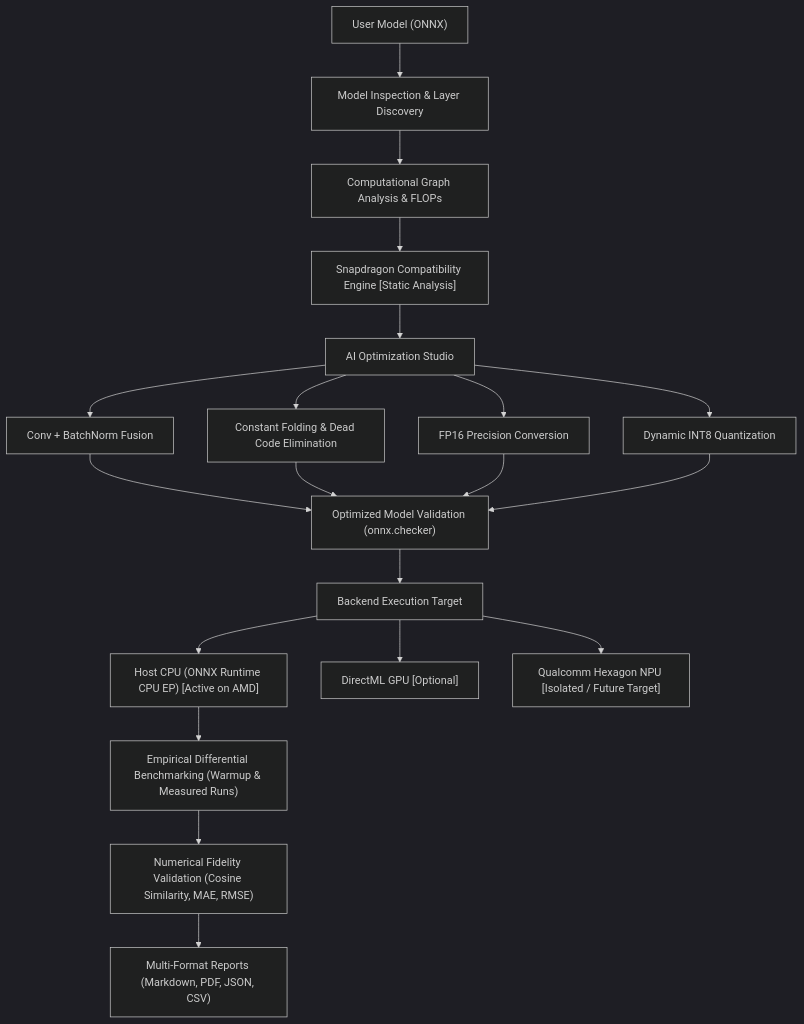
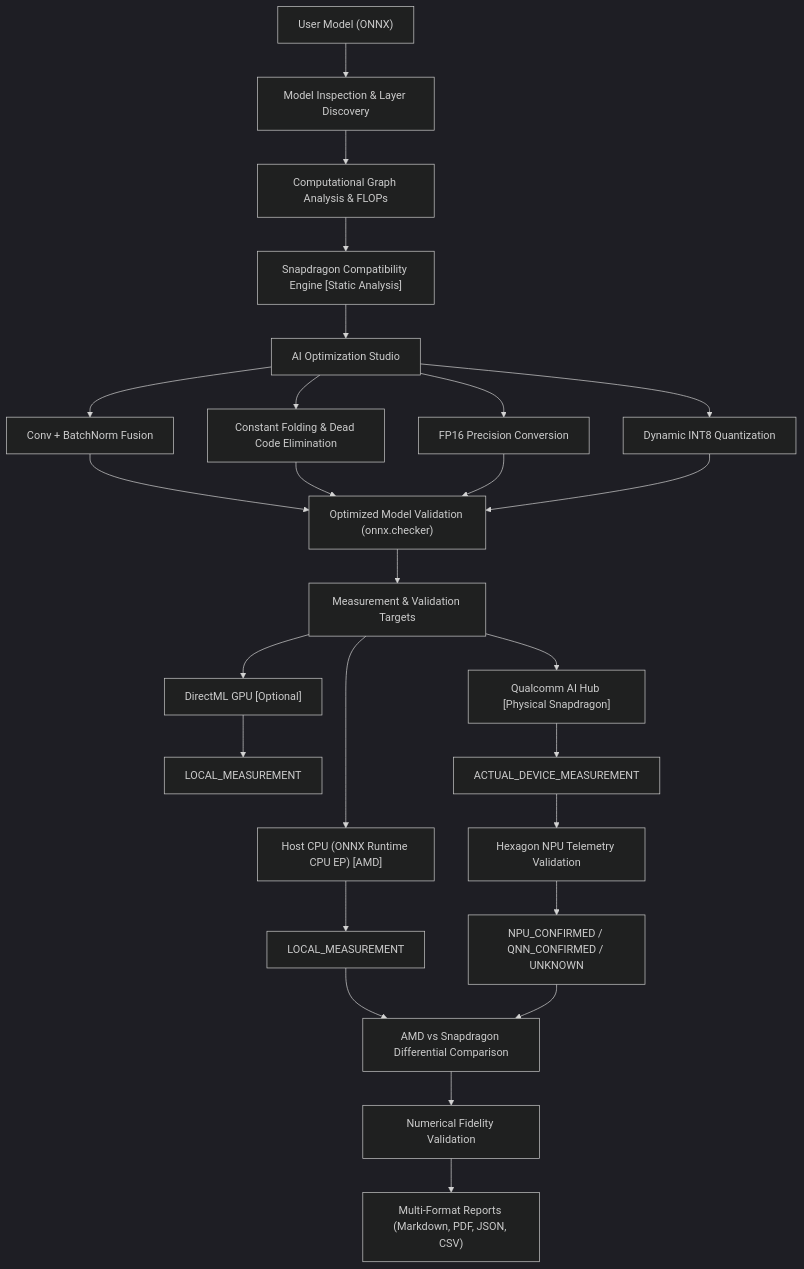
One commit to vatsalpro/nibble changed the diagram in README.md. Above: the diagram before and after it, drawn with Mermaid (dark theme). The commit also changed other lines of this file, not shown here.

First line of the commit message:
Revise README for Nibble's features and validation process

````diff
--- a/README.md
+++ b/README.md
@@ -58,23 +191,32 @@
 ```mermaid
 flowchart TD
     A["User Model (ONNX)"] --> B["Model Inspection & Layer Discovery"]
     B --> C["Computational Graph Analysis & FLOPs"]
     C --> D["Snapdragon Compatibility Engine [Static Analysis]"]
     D --> E["AI Optimization Studio"]
-    
+
     E --> F1["Conv + BatchNorm Fusion"]
     E --> F2["Constant Folding & Dead Code Elimination"]
     E --> F3["FP16 Precision Conversion"]
     E --> F4["Dynamic INT8 Quantization"]
-    
+
     F1 & F2 & F3 & F4 --> G["Optimized Model Validation (onnx.checker)"]
-    G --> H["Backend Execution Target"]
-    
-    H --> I1["Host CPU (ONNX Runtime CPU EP) [Active on AMD]"]
+    G --> H["Measurement & Validation Targets"]
+
+    H --> I1["Host CPU (ONNX Runtime CPU EP) [AMD]"]
     H --> I2["DirectML GPU [Optional]"]
-    H --> I3["Qualcomm Hexagon NPU [Isolated / Future Target]"]
-    
-    I1 --> J["Empirical Differential Benchmarking (Warmup & Measured Runs)"]
-    J --> K["Numerical Fidelity Validation (Cosine Similarity, MAE, RMSE)"]
-    K --> L["Multi-Format Reports (Markdown, PDF, JSON, CSV)"]
+    H --> I3["Qualcomm AI Hub [Physical Snapdragon]"]
+
+    I1 --> J1["LOCAL_MEASUREMENT"]
+    I2 --> J2["LOCAL_MEASUREMENT"]
+    I3 --> J3["ACTUAL_DEVICE_MEASUREMENT"]
+
+    J3 --> K["Hexagon NPU Telemetry Validation"]
+    K --> L["NPU_CONFIRMED / QNN_CONFIRMED / UNKNOWN"]
+
+    J1 --> M["AMD vs Snapdragon Differential Comparison"]
+    L --> M
+
+    M --> N["Numerical Fidelity Validation"]
+    N --> O["Multi-Format Reports (Markdown, PDF, JSON, CSV)"]
 ```
````
